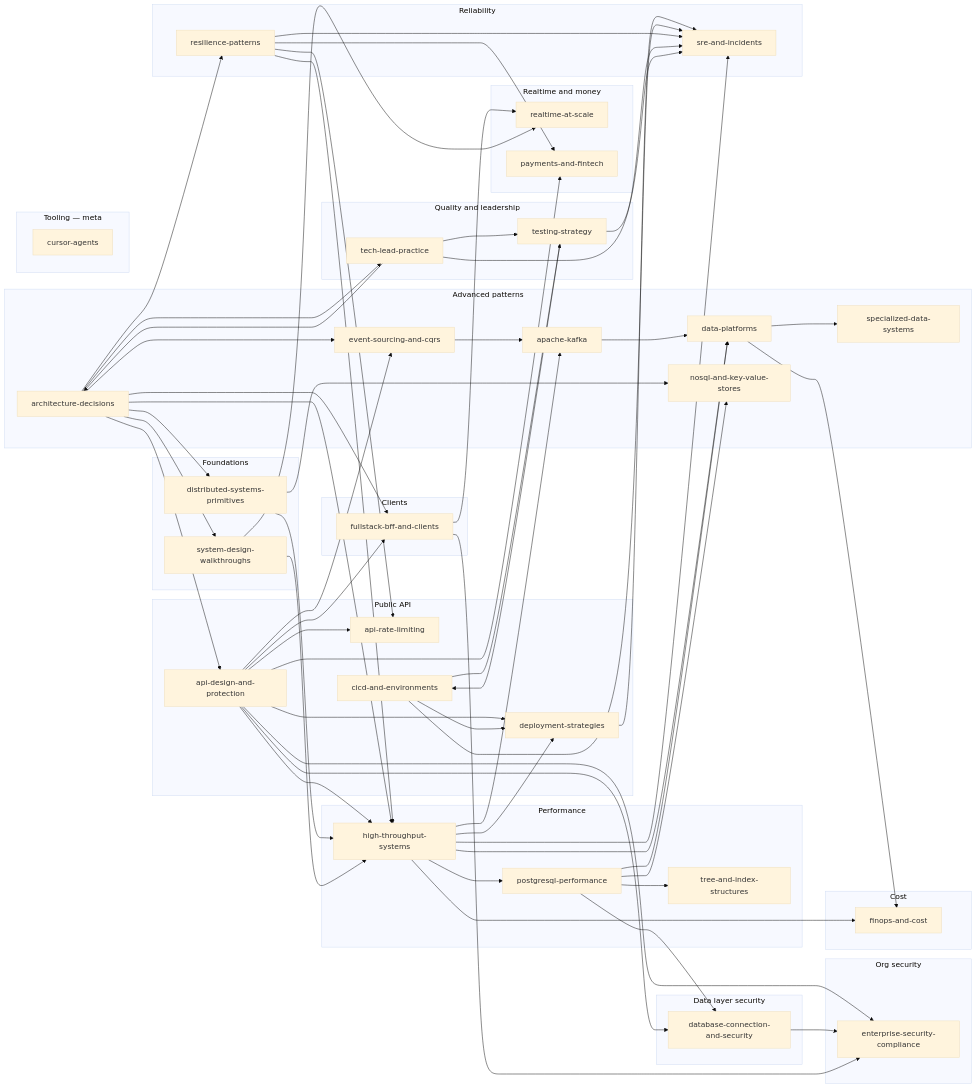
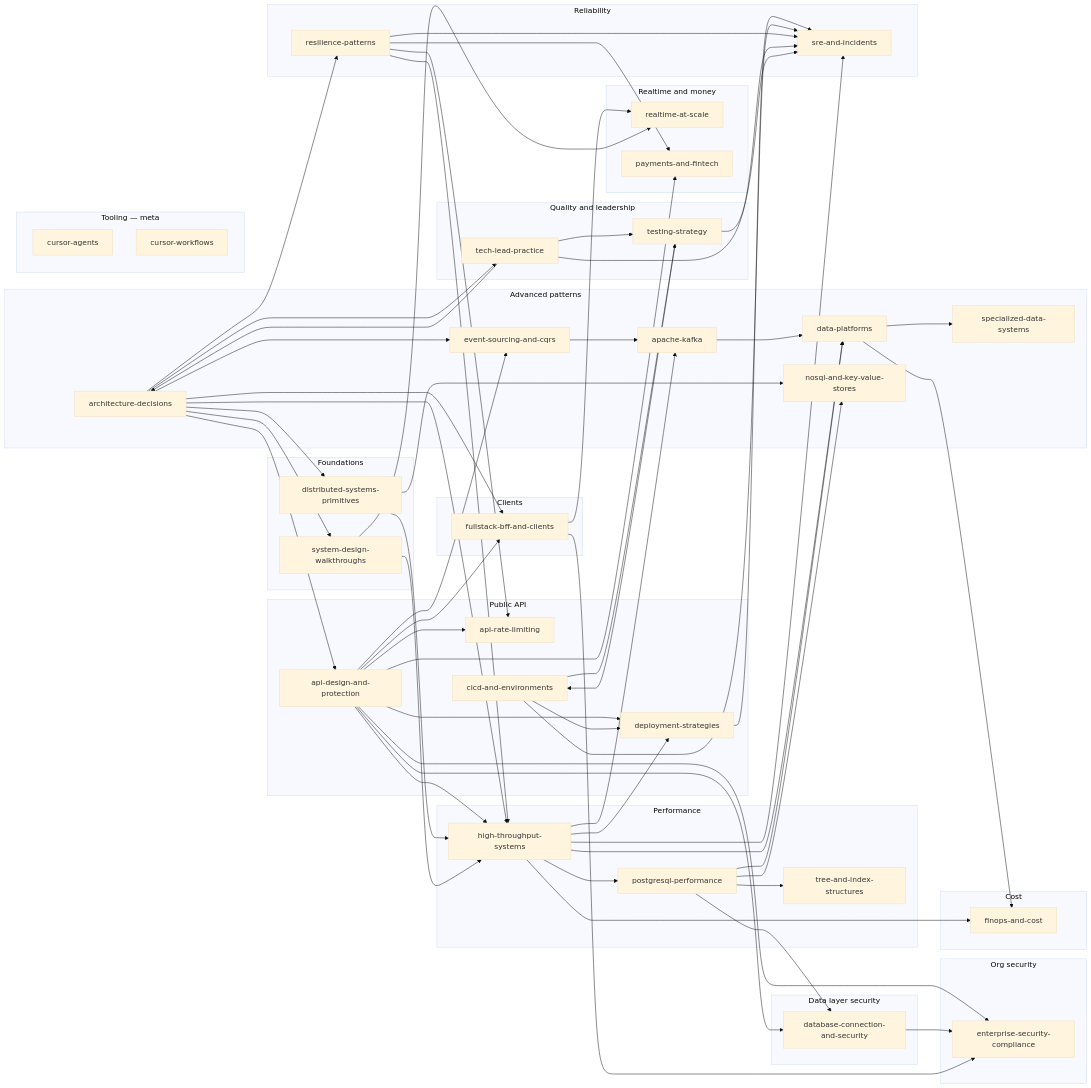
The diagram in README.md (steve-duong1991/documents), drawn with Mermaid (base theme) before and after one commit. The commit also changed other lines of this file and 29 other files, not shown here.

First line of the commit message:
Add cursor workflows, feature-to-prod playbook, and Kafka platform gaps.

```diff
--- a/README.md
+++ b/README.md
@@ -92,6 +93,7 @@
     end
     subgraph tooling [Tooling — meta]
         C[cursor-agents]
+        CW[cursor-workflows]
     end
     A --> R
     A --> H
```
